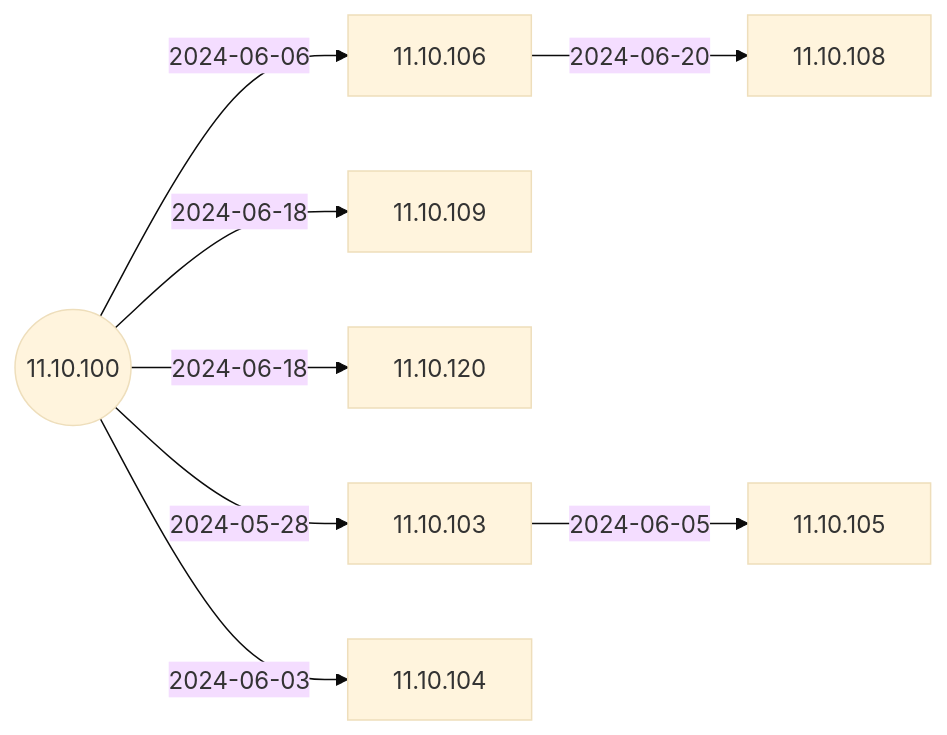
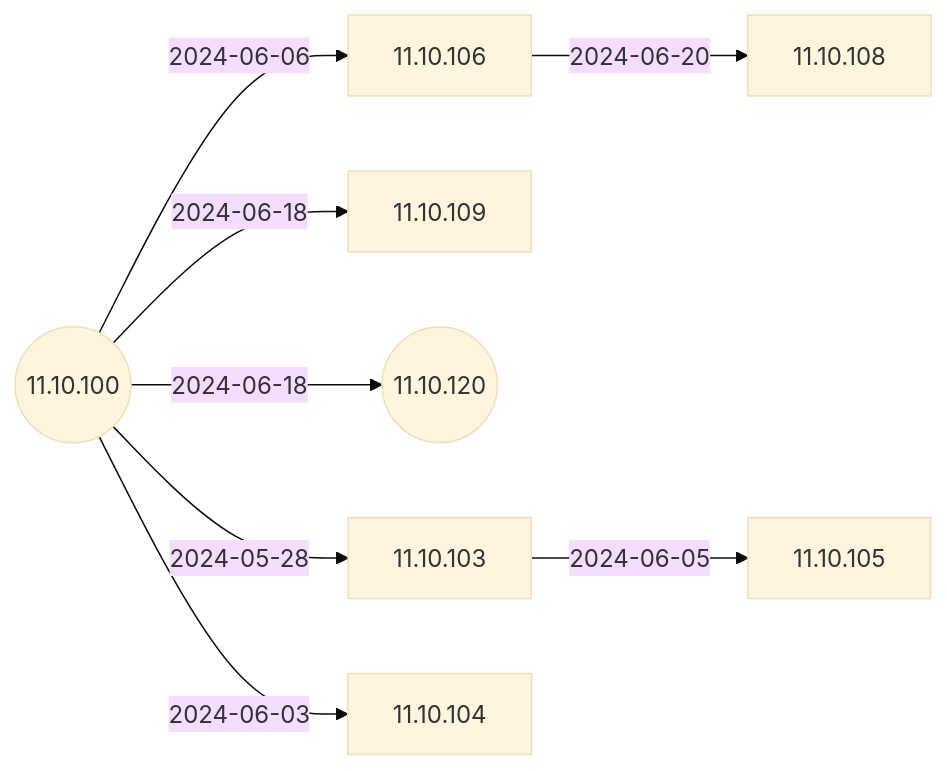
One commit to IGEL-Community/IGEL-Docs-v02 changed the second of 6 diagrams in docs/Docs/ReleaseNotes/01-OS11/README.md. Above: the diagram before and after it, drawn with Mermaid (base theme).

Commit message:
11.10.120 public release

````diff
--- a/docs/Docs/ReleaseNotes/01-OS11/README.md
+++ b/docs/Docs/ReleaseNotes/01-OS11/README.md
@@ -41,19 +41,19 @@
 ```mermaid
 flowchart LR
     11.10.106-- 2024-06-20 -->11.10.108
     11.10.100-- 2024-06-18 -->11.10.109
-    11.10.100-- 2024-06-18 -->11.10.120
+    11.10.100-- 2024-06-18 -->11.10.120((11.10.120))
     11.10.100-- 2024-06-06 -->11.10.106
     11.10.103-- 2024-06-05 -->11.10.105
     11.10.100-- 2024-06-03 -->11.10.104
     11.10.100-- 2024-05-28 -->11.10.103
     11.10.100((11.10.100))
     click 11.10.108 "https://github.com/IGEL-Community/IGEL-Docs-v02/tree/main/docs/Docs/ReleaseNotes/01-OS11/readme11.10.108.txt" _blank
     click 11.10.109 "https://github.com/IGEL-Community/IGEL-Docs-v02/tree/main/docs/Docs/ReleaseNotes/01-OS11/readme11.10.109.txt" _blank
     click 11.10.120 "https://github.com/IGEL-Community/IGEL-Docs-v02/tree/main/docs/Docs/ReleaseNotes/01-OS11/readme11.10.120.txt" _blank
     click 11.10.106 "https://github.com/IGEL-Community/IGEL-Docs-v02/tree/main/docs/Docs/ReleaseNotes/01-OS11/readme11.10.106.txt" _blank
     click 11.10.105 "https://github.com/IGEL-Community/IGEL-Docs-v02/tree/main/docs/Docs/ReleaseNotes/01-OS11/readme11.10.105.txt" _blank
     click 11.10.104 "https://github.com/IGEL-Community/IGEL-Docs-v02/tree/main/docs/Docs/ReleaseNotes/01-OS11/readme11.10.104.txt" _blank
     click 11.10.103 "https://github.com/IGEL-Community/IGEL-Docs-v02/tree/main/docs/Docs/ReleaseNotes/01-OS11/readme11.10.103.txt" _blank
     click 11.10.100 "https://github.com/IGEL-Community/IGEL-Docs-v02/tree/main/docs/Docs/ReleaseNotes/01-OS11/readme11.10.100.txt" _blank
 ```
````
